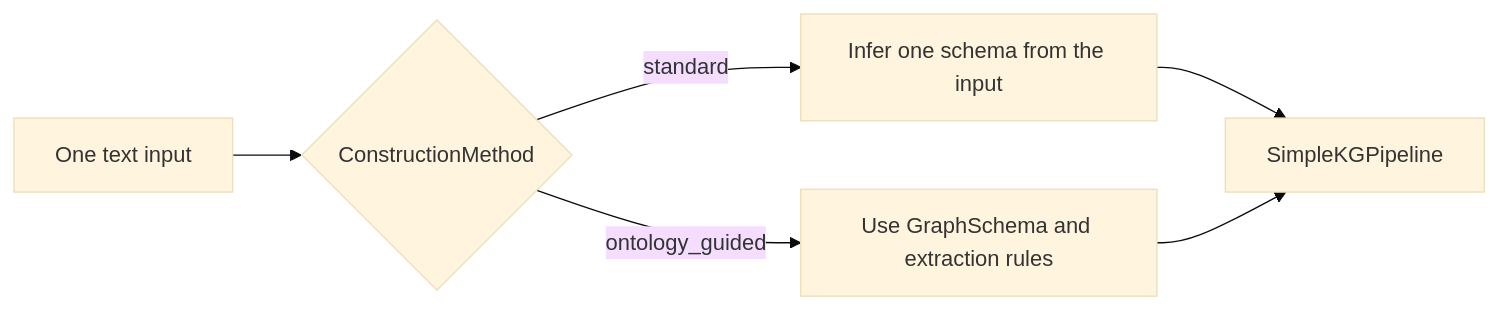
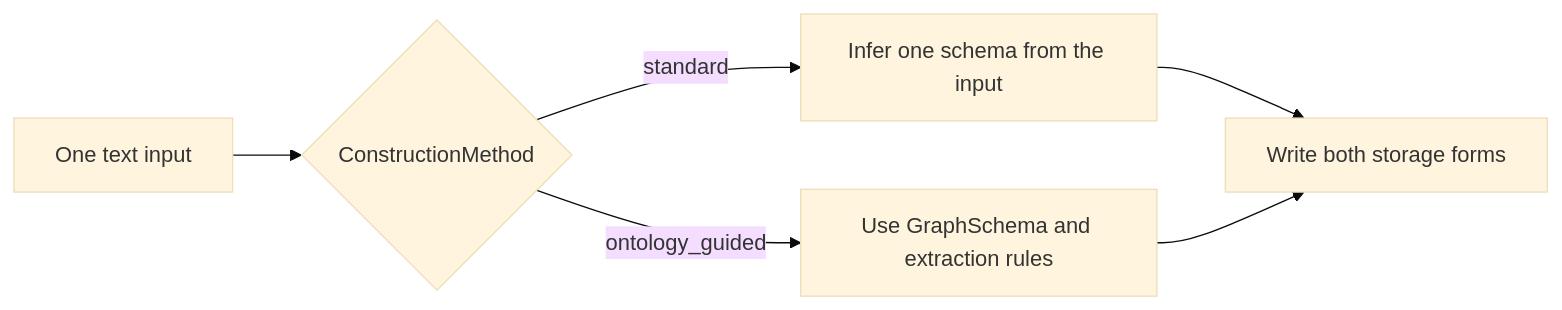
One commit to udit19199/RecRAG changed the fourth of 4 diagrams in docs/graphrag/construction.md. Above: the diagram before and after it, drawn with Mermaid (base theme). The commit also changed other lines of this file and 24 other files, not shown here.

````diff
--- a/docs/graphrag/construction.md
+++ b/docs/graphrag/construction.md
@@ -53,8 +122,8 @@
 ```mermaid
 flowchart LR
     A[One text input] --> B{ConstructionMethod}
     B -->|standard| C[Infer one schema from the input]
     B -->|ontology_guided| D[Use GraphSchema and extraction rules]
-    C --> E[SimpleKGPipeline]
+    C --> E[Write both storage forms]
     D --> E
 ```
````
